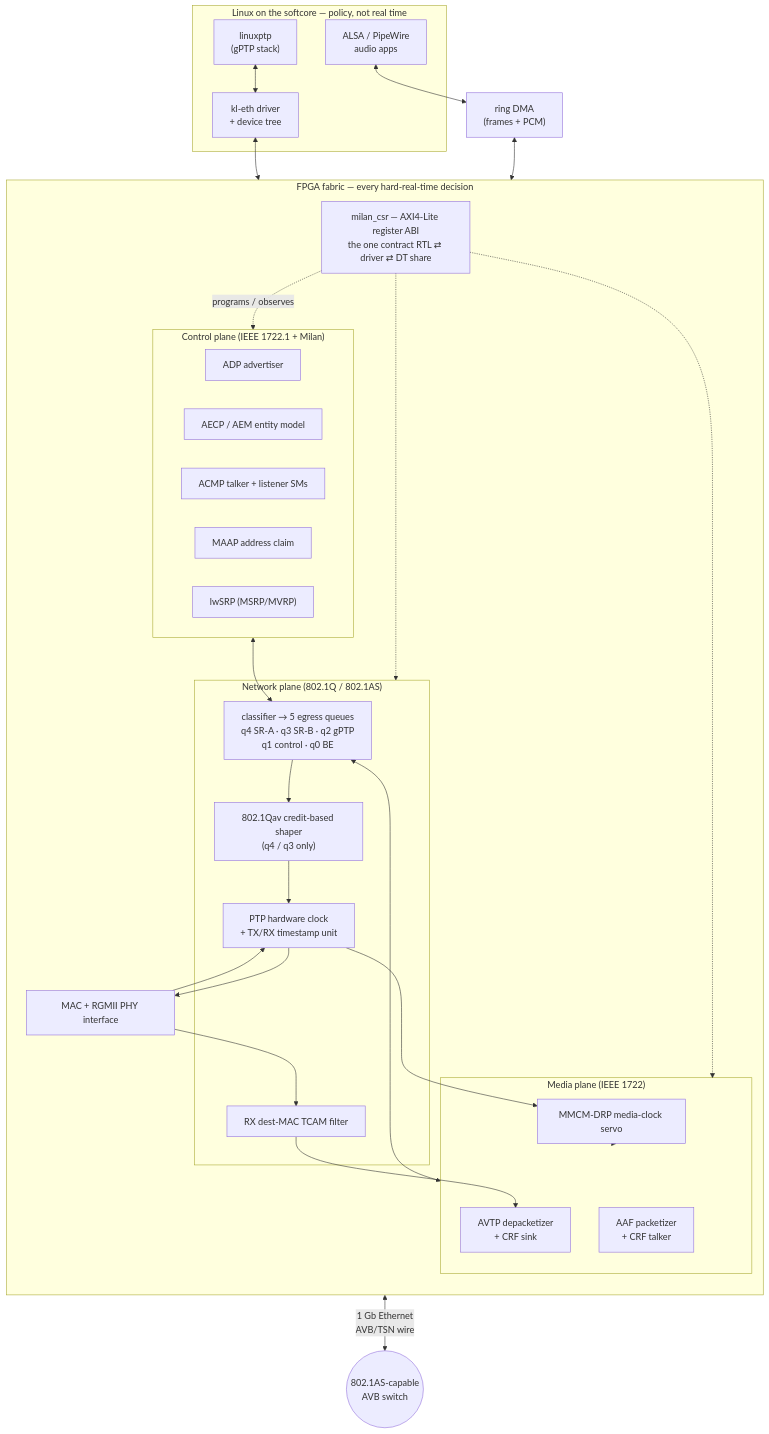
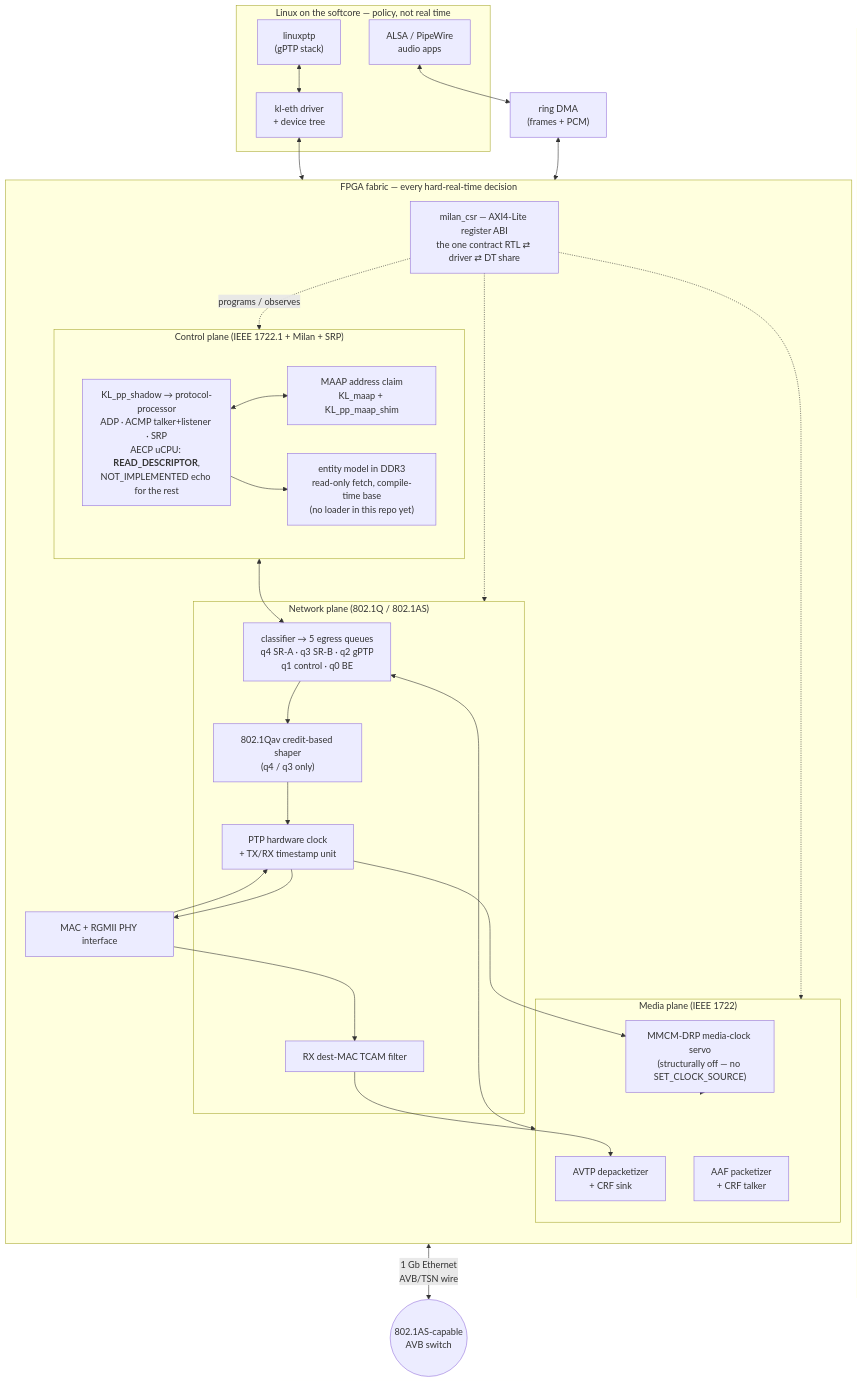
The diagram in docs/overview/AT_A_GLANCE.md (kebag-logic/milan-fpga), drawn with Mermaid before and after one commit. The commit also changed other lines of this file and 362 other files, not shown here.

Commit message:
The legacy 1722.1/SRP control plane is deleted: the protocol processor is the only one

````diff
--- a/docs/overview/AT_A_GLANCE.md
+++ b/docs/overview/AT_A_GLANCE.md
@@ -27,47 +64,47 @@
 ```mermaid
 flowchart TB
     subgraph HOST["Linux on the softcore — policy, not real time"]
         ALSA["ALSA / PipeWire<br/>audio apps"]
         PTPD["linuxptp<br/>(gPTP stack)"]
         DRV["kl-eth driver<br/>+ device tree"]
     end
 
     subgraph FAB["FPGA fabric — every hard-real-time decision"]
         direction TB
         CSR["milan_csr — AXI4-Lite register ABI<br/>the one contract RTL ⇄ driver ⇄ DT share"]
-        subgraph CTRL["Control plane (IEEE 1722.1 + Milan)"]
-            ADP["ADP advertiser"]
-            AECP["AECP / AEM entity model"]
-            ACMP["ACMP talker + listener SMs"]
-            MAAP["MAAP address claim"]
-            SRP["lwSRP (MSRP/MVRP)"]
+        subgraph CTRL["Control plane (IEEE 1722.1 + Milan + SRP)"]
+            PP["KL_pp_shadow → protocol-processor<br/>ADP · ACMP talker+listener · SRP<br/>AECP uCPU: <b>READ_DESCRIPTOR</b>,<br/>NOT_IMPLEMENTED echo for the rest"]
+            MAAP["MAAP address claim<br/>KL_maap + KL_pp_maap_shim"]
+            DESC["entity model in DDR3<br/>read-only fetch, compile-time base<br/>(no loader in this repo yet)"]
+            PP <--> MAAP
+            PP --> DESC
         end
         subgraph MEDIA["Media plane (IEEE 1722)"]
             PKT["AAF packetizer<br/>+ CRF talker"]
             DEP["AVTP depacketizer<br/>+ CRF sink"]
-            SERVO["MMCM-DRP media-clock servo"]
+            SERVO["MMCM-DRP media-clock servo<br/>(structurally off — no SET_CLOCK_SOURCE)"]
         end
         subgraph NET["Network plane (802.1Q / 802.1AS)"]
             CLS["classifier → 5 egress queues<br/>q4 SR-A · q3 SR-B · q2 gPTP<br/>q1 control · q0 BE"]
             CBS["802.1Qav credit-based shaper<br/>(q4 / q3 only)"]
             PHC["PTP hardware clock<br/>+ TX/RX timestamp unit"]
             FILT["RX dest-MAC TCAM filter"]
         end
         MAC["MAC + RGMII PHY interface"]
     end
 
     ALSA <--> DMA["ring DMA<br/>(frames + PCM)"]
     PTPD <--> DRV
     DRV <--> CSR
     CSR -.->|"programs / observes"| CTRL
     CSR -.-> MEDIA
     CSR -.-> NET
     DMA <--> CLS
     MEDIA <--> CLS
     CTRL <--> CLS
     CLS --> CBS --> PHC --> MAC
     MAC --> FILT --> DEP
     MAC --> PHC
     PHC --> SERVO --> MEDIA
     MAC <-->|"1 Gb Ethernet<br/>AVB/TSN wire"| WIRE(("802.1AS-capable<br/>AVB switch"))
 ```
````
